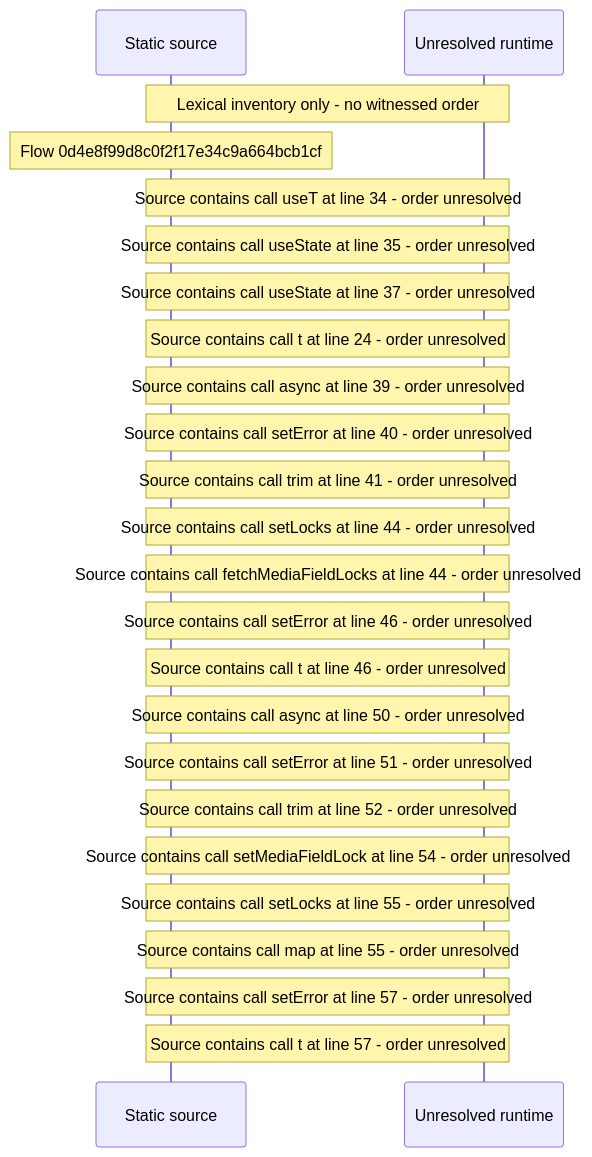
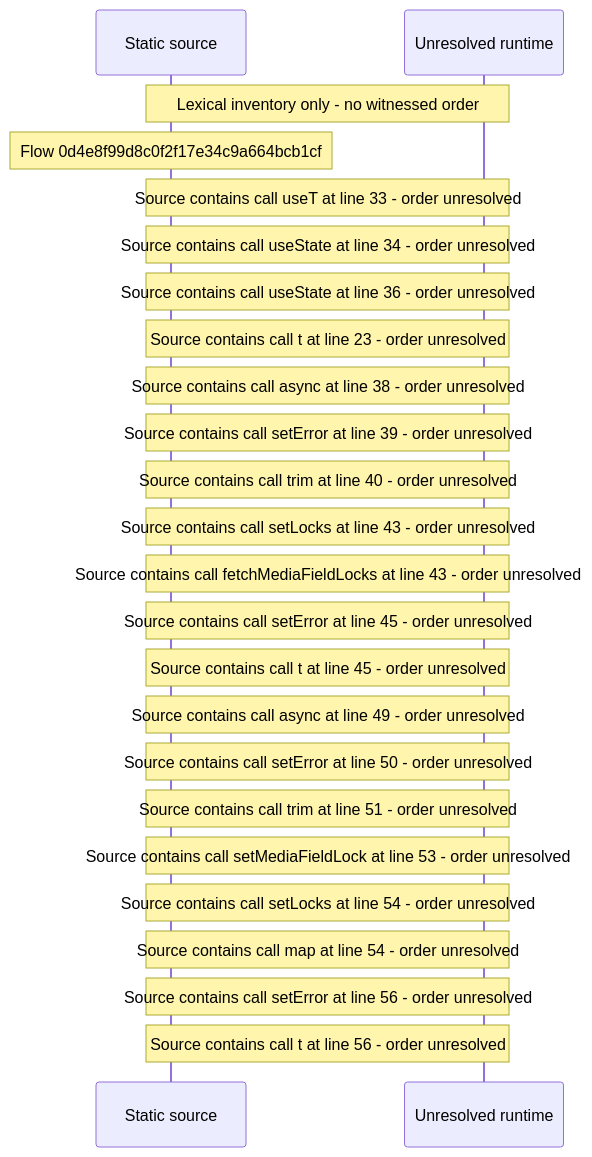
The diagram in docs/web/flows/generated/0d4e8f99d8c0f2f17e34c9a664bcb1cf/flow-diagram.md (beamfall/core), drawn with Mermaid before and after one commit. The commit also changed other lines of this file and 715 other files, not shown here.

First line of the commit message:
Regenerate the web flow record on main after CORE-1117

````diff
--- a/docs/web/flows/generated/0d4e8f99d8c0f2f17e34c9a664bcb1cf/flow-diagram.md
+++ b/docs/web/flows/generated/0d4e8f99d8c0f2f17e34c9a664bcb1cf/flow-diagram.md
@@ -10,26 +10,26 @@
 ```mermaid
 sequenceDiagram
     participant S as Static source
     participant U as Unresolved runtime
     Note over S,U: Lexical inventory only - no witnessed order
     Note over S: Flow 0d4e8f99d8c0f2f17e34c9a664bcb1cf
-    Note over S,U: Source contains call useT at line 34 - order unresolved
-    Note over S,U: Source contains call useState at line 35 - order unresolved
-    Note over S,U: Source contains call useState at line 37 - order unresolved
-    Note over S,U: Source contains call t at line 24 - order unresolved
-    Note over S,U: Source contains call async at line 39 - order unresolved
-    Note over S,U: Source contains call setError at line 40 - order unresolved
-    Note over S,U: Source contains call trim at line 41 - order unresolved
-    Note over S,U: Source contains call setLocks at line 44 - order unresolved
-    Note over S,U: Source contains call fetchMediaFieldLocks at line 44 - order unresolved
-    Note over S,U: Source contains call setError at line 46 - order unresolved
-    Note over S,U: Source contains call t at line 46 - order unresolved
-    Note over S,U: Source contains call async at line 50 - order unresolved
-    Note over S,U: Source contains call setError at line 51 - order unresolved
-    Note over S,U: Source contains call trim at line 52 - order unresolved
-    Note over S,U: Source contains call setMediaFieldLock at line 54 - order unresolved
-    Note over S,U: Source contains call setLocks at line 55 - order unresolved
-    Note over S,U: Source contains call map at line 55 - order unresolved
-    Note over S,U: Source contains call setError at line 57 - order unresolved
-    Note over S,U: Source contains call t at line 57 - order unresolved
+    Note over S,U: Source contains call useT at line 33 - order unresolved
+    Note over S,U: Source contains call useState at line 34 - order unresolved
+    Note over S,U: Source contains call useState at line 36 - order unresolved
+    Note over S,U: Source contains call t at line 23 - order unresolved
+    Note over S,U: Source contains call async at line 38 - order unresolved
+    Note over S,U: Source contains call setError at line 39 - order unresolved
+    Note over S,U: Source contains call trim at line 40 - order unresolved
+    Note over S,U: Source contains call setLocks at line 43 - order unresolved
+    Note over S,U: Source contains call fetchMediaFieldLocks at line 43 - order unresolved
+    Note over S,U: Source contains call setError at line 45 - order unresolved
+    Note over S,U: Source contains call t at line 45 - order unresolved
+    Note over S,U: Source contains call async at line 49 - order unresolved
+    Note over S,U: Source contains call setError at line 50 - order unresolved
+    Note over S,U: Source contains call trim at line 51 - order unresolved
+    Note over S,U: Source contains call setMediaFieldLock at line 53 - order unresolved
+    Note over S,U: Source contains call setLocks at line 54 - order unresolved
+    Note over S,U: Source contains call map at line 54 - order unresolved
+    Note over S,U: Source contains call setError at line 56 - order unresolved
+    Note over S,U: Source contains call t at line 56 - order unresolved
 ```
````
